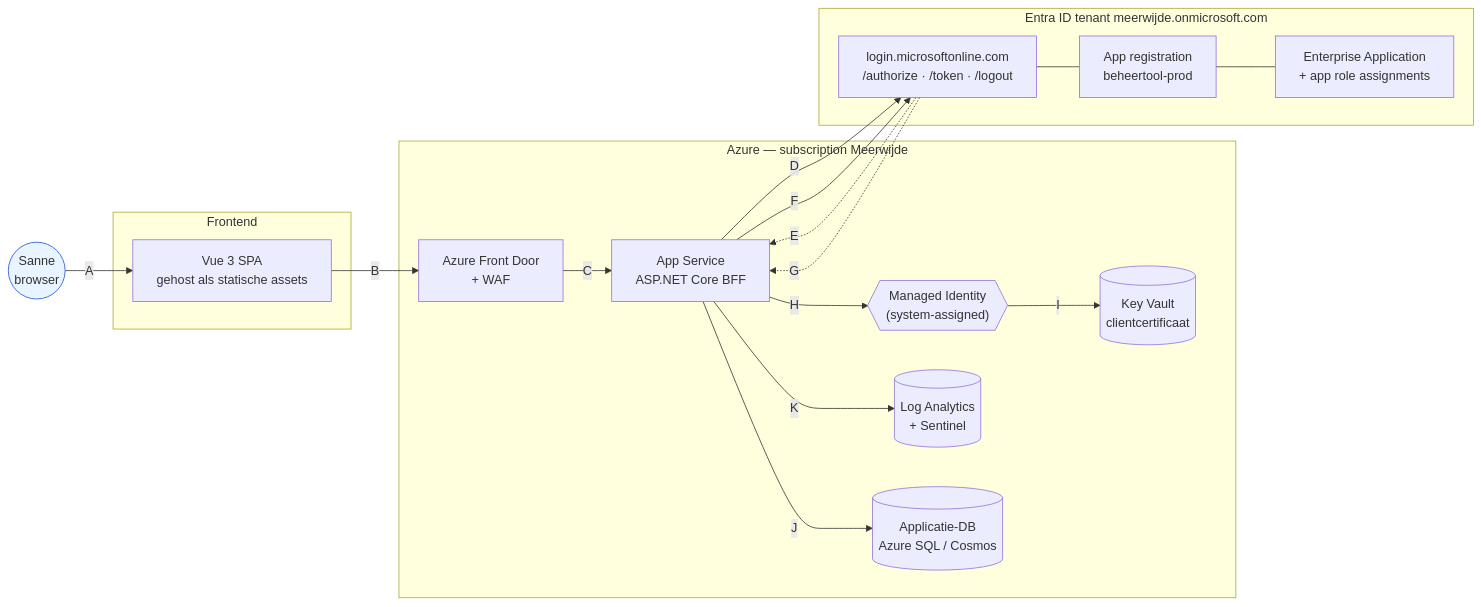
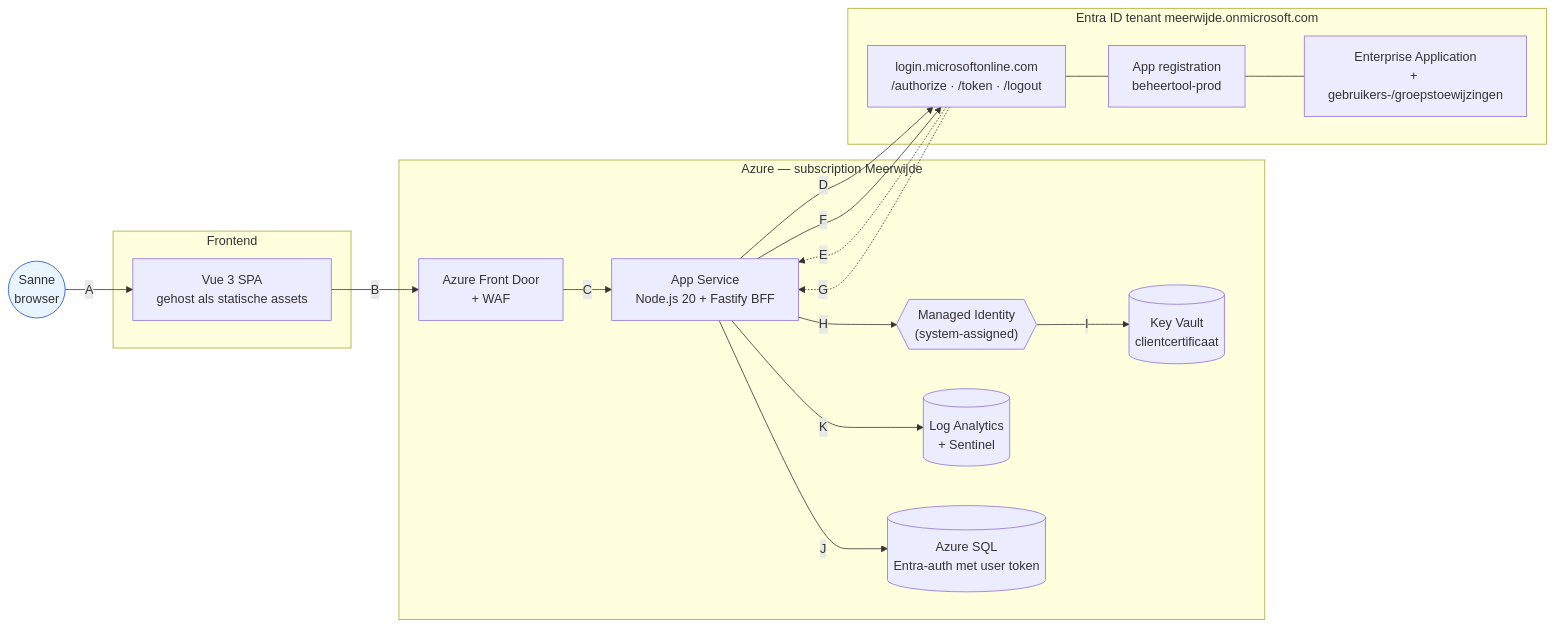
The first of 2 diagrams in group-a-identity-access/uitwerking/casus-1/uitwerking/tech/architectuur.md (SSiertsema/architectonische-bouwblokken), drawn with Mermaid before and after one commit. The commit also changed other lines of this file and 10 other files, not shown here.

````diff
--- a/group-a-identity-access/uitwerking/casus-1/uitwerking/tech/architectuur.md
+++ b/group-a-identity-access/uitwerking/casus-1/uitwerking/tech/architectuur.md
@@ -7,39 +7,39 @@
 ```mermaid
 flowchart LR
   User((Sanne<br/>browser)):::actor
 
   subgraph Front["Frontend"]
     Vue["Vue 3 SPA<br/>gehost als statische assets"]
   end
 
   subgraph Azure["Azure — subscription Meerwijde"]
     AFD["Azure Front Door<br/>+ WAF"]
-    App["App Service<br/>ASP.NET Core BFF"]
+    App["App Service<br/>Node.js 20 + Fastify BFF"]
     MI{{"Managed Identity<br/>(system-assigned)"}}
     KV[("Key Vault<br/>clientcertificaat")]
     LAW[("Log Analytics<br/>+ Sentinel")]
-    DB[("Applicatie-DB<br/>Azure SQL / Cosmos")]
+    DB[("Azure SQL<br/>Entra-auth met user token")]
   end
 
   subgraph Entra["Entra ID tenant meerwijde.onmicrosoft.com"]
     Auth["login.microsoftonline.com<br/>/authorize · /token · /logout"]
     Reg["App registration<br/>beheertool-prod"]
-    Ent["Enterprise Application<br/>+ app role assignments"]
+    Ent["Enterprise Application<br/>+ gebruikers-/groepstoewijzingen"]
   end
 
   User -->|A| Vue
   Vue -->|B| AFD
   AFD -->|C| App
   App -->|D| Auth
   Auth -.->|E| App
   App -->|F| Auth
   Auth -.->|G| App
   App -->|H| MI
   MI -->|I| KV
   App -->|J| DB
   App -->|K| LAW
   Auth --- Reg
   Reg --- Ent
 
   classDef actor fill:#e8f4ff,stroke:#1d4ed8
 ```
````
